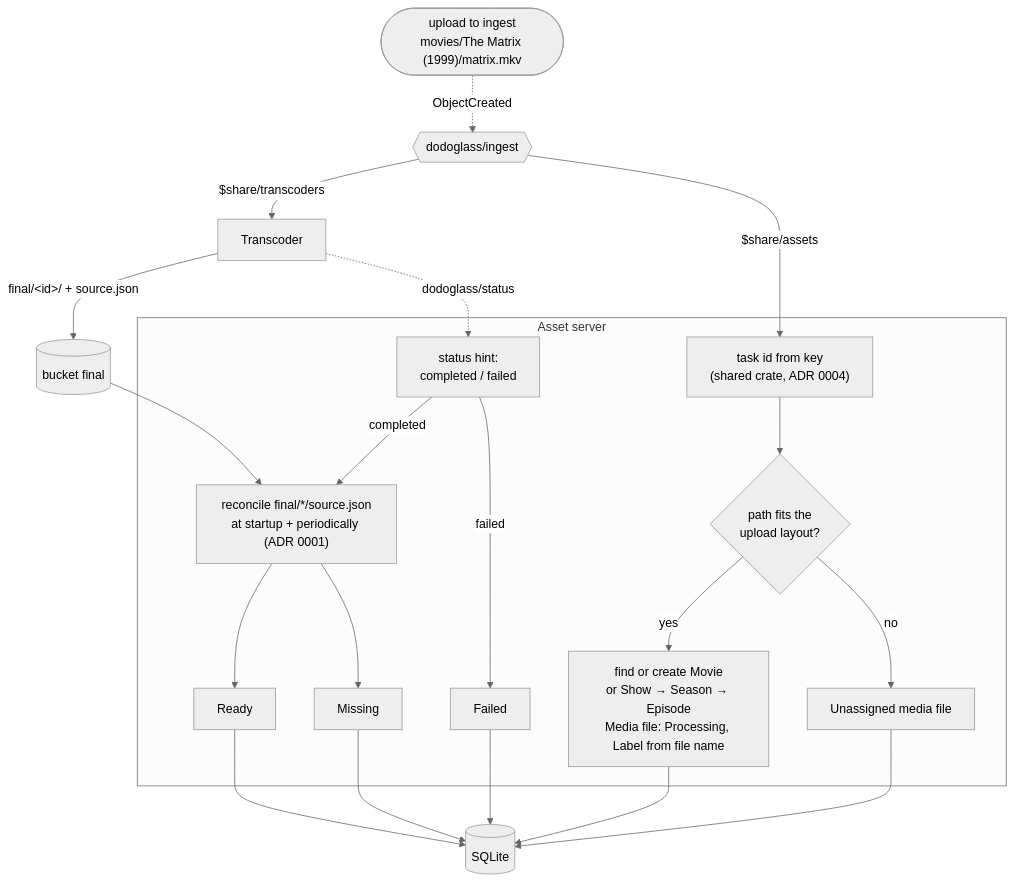
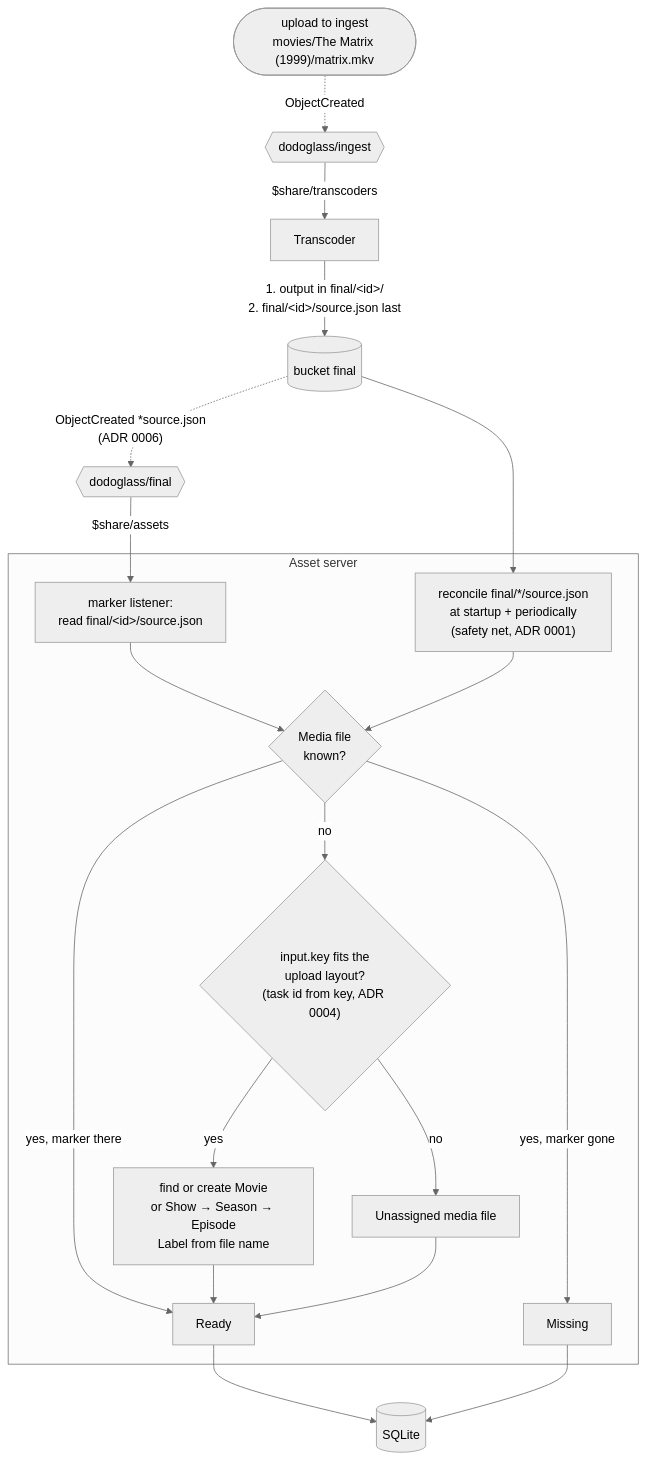
The first of 4 diagrams in docs/architecture/asset-server.md (Domeimeie/DodoGlass), drawn with Mermaid (neutral theme) before and after one commit. The commit also changed other lines of this file and 6 other files, not shown here.

First line of the commit message:
Docs: Media files enter the catalogue from new markers in final

````diff
--- a/docs/architecture/asset-server.md
+++ b/docs/architecture/asset-server.md
@@ -206,25 +211,23 @@
 ```mermaid
 flowchart TB
-    Up(["upload to ingest<br/>movies/The Matrix (1999)/matrix.mkv"]) -.->|ObjectCreated| Topic{{"dodoglass/ingest"}}
-    Topic -->|"$share/transcoders"| T[Transcoder]
-    Topic -->|"$share/assets"| Id
+    Up(["upload to ingest<br/>movies/The Matrix (1999)/matrix.mkv"]) -.->|ObjectCreated| Ingest{{"dodoglass/ingest"}}
+    Ingest -->|"$share/transcoders"| T[Transcoder]
+    T -->|"1. output in final/&lt;id&gt;/<br/>2. final/&lt;id&gt;/source.json last"| Final[("bucket final")]
+    Final -.->|"ObjectCreated *source.json<br/>(ADR 0006)"| FinalTopic{{"dodoglass/final"}}
+    FinalTopic -->|"$share/assets"| Listener
 
     subgraph AS["Asset server"]
-        Id["task id from key<br/>(shared crate, ADR 0004)"] --> Parse{"path fits the<br/>upload layout?"}
-        Parse -->|yes| Place["find or create Movie<br/>or Show → Season → Episode<br/>Media file: Processing, Label from file name"]
+        Listener["marker listener:<br/>read final/&lt;id&gt;/source.json"] --> Check
+        Rec["reconcile final/*/source.json<br/>at startup + periodically<br/>(safety net, ADR 0001)"] --> Check
+        Check{"Media file<br/>known?"}
+        Check -->|no| Parse{"input.key fits the<br/>upload layout?<br/>(task id from key, ADR 0004)"}
+        Parse -->|yes| Place["find or create Movie<br/>or Show → Season → Episode<br/>Label from file name"]
         Parse -->|no| Unassigned["Unassigned media file"]
-        Rec["reconcile final/*/source.json<br/>at startup + periodically (ADR 0001)"]
-        Hint["status hint:<br/>completed / failed"]
-        Ready["Ready"]
-        Failed["Failed"]
-        Missing["Missing"]
+        Check -->|"yes, marker there"| Ready["Ready"]
+        Check -->|"yes, marker gone"| Missing["Missing"]
+        Place & Unassigned --> Ready
     end
 
-    T -->|"final/&lt;id&gt;/ + source.json"| Final[("bucket final")]
-    T -.->|dodoglass/status| Hint
-    Hint -->|completed| Rec
     Final --> Rec
-    Rec --> Ready & Missing
-    Hint -->|failed| Failed
-    Place & Unassigned & Ready & Failed & Missing --> DB[("SQLite")]
+    Ready & Missing --> DB[("SQLite")]
 ```
````
